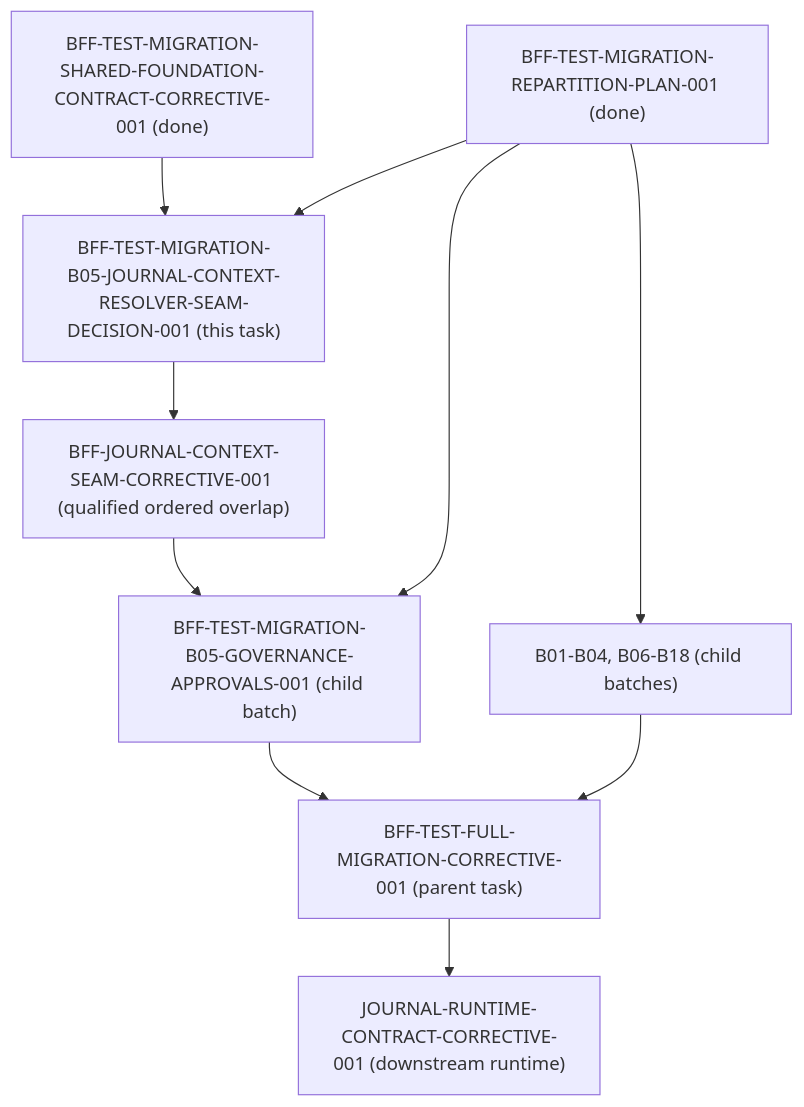
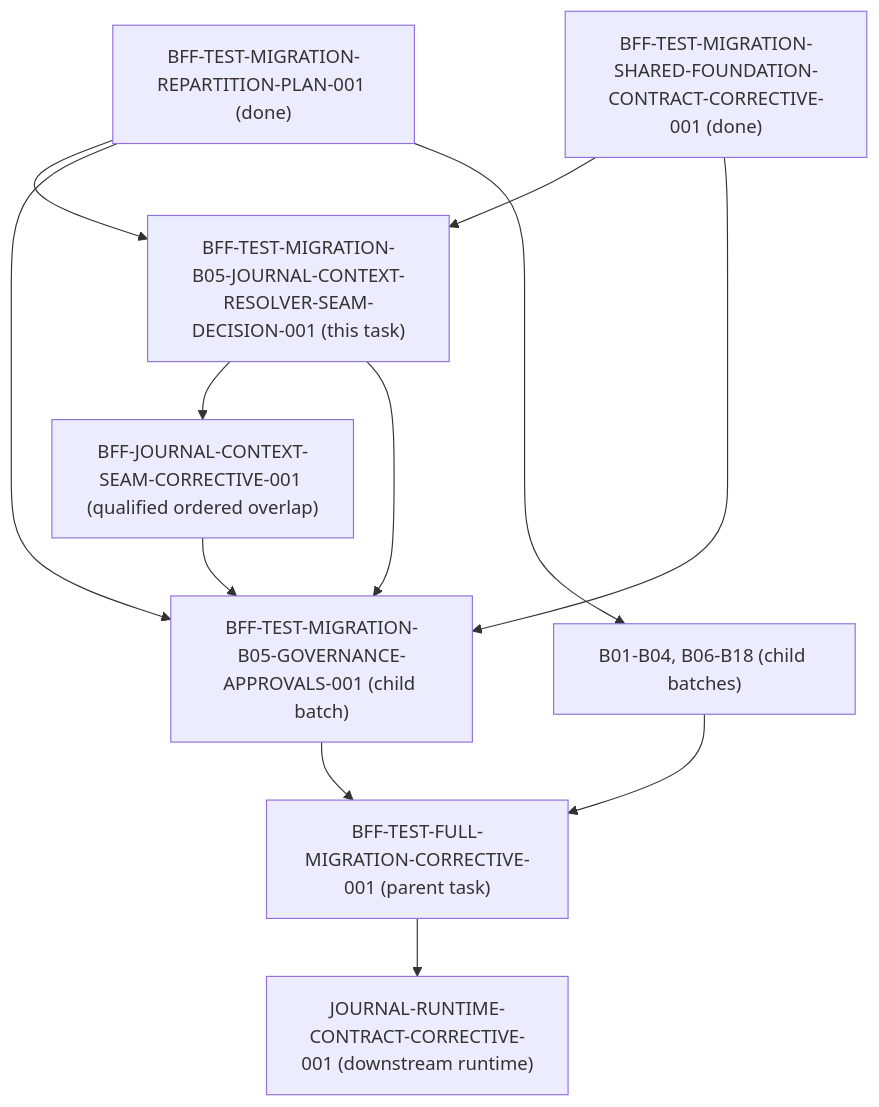
One commit to ajoe734/pantheon changed the diagram in docs/operations/bff-test-migration-b05-journal-context-resolver-seam.md. Above: the diagram before and after it, drawn with Mermaid. The commit also changed other lines of this file and 1 other file, not shown here.

````diff
--- a/docs/operations/bff-test-migration-b05-journal-context-resolver-seam.md
+++ b/docs/operations/bff-test-migration-b05-journal-context-resolver-seam.md
@@ -419,21 +630,23 @@
 ```mermaid
 flowchart TD
     PLAN["BFF-TEST-MIGRATION-REPARTITION-PLAN-001 (done)"]
     SHARED["BFF-TEST-MIGRATION-SHARED-FOUNDATION-CONTRACT-CORRECTIVE-001 (done)"]
     DECISION["BFF-TEST-MIGRATION-B05-JOURNAL-CONTEXT-RESOLVER-SEAM-DECISION-001 (this task)"]
     CORRECTIVE["BFF-JOURNAL-CONTEXT-SEAM-CORRECTIVE-001 (qualified ordered overlap)"]
     B05["BFF-TEST-MIGRATION-B05-GOVERNANCE-APPROVALS-001 (child batch)"]
     OTHER_BATCHES["B01-B04, B06-B18 (child batches)"]
     PARENT["BFF-TEST-FULL-MIGRATION-CORRECTIVE-001 (parent task)"]
     JOURNAL_RUNTIME["JOURNAL-RUNTIME-CONTRACT-CORRECTIVE-001 (downstream runtime)"]
 
     PLAN --> DECISION
     SHARED --> DECISION
     DECISION --> CORRECTIVE
     CORRECTIVE --> B05
     PLAN --> B05
+    SHARED --> B05
+    DECISION --> B05
     PLAN --> OTHER_BATCHES
     B05 --> PARENT
     OTHER_BATCHES --> PARENT
     PARENT --> JOURNAL_RUNTIME
 ```
````
